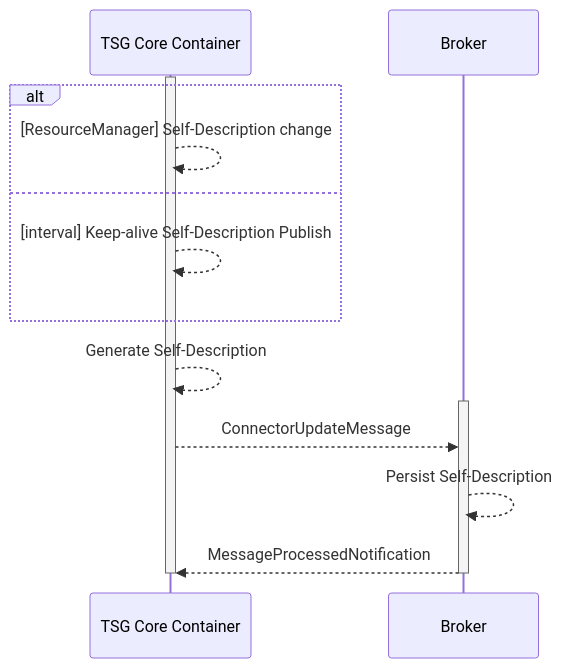
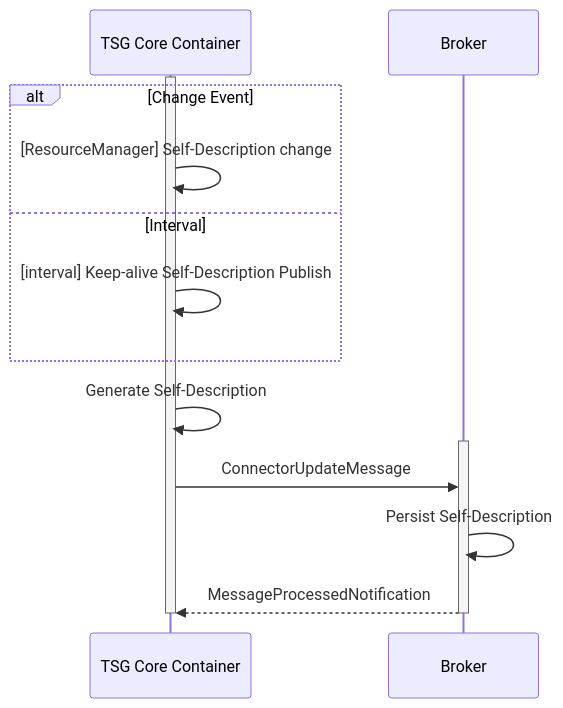
The first of 6 diagrams in _docs/communication/message-flows.md (TNO-TSG/documentation), drawn with Mermaid before and after one commit. The commit also changed other lines of this file and 1 other file, not shown here.

Commit message:
Fix diagrams & updated loop style

```diff
--- a/_docs/communication/message-flows.md
+++ b/_docs/communication/message-flows.md
@@ -24,18 +24,18 @@
 <div class="mermaid">
 sequenceDiagram
     participant TSG as TSG Core Container
     participant Broker as Broker
     activate TSG
-    alt
-    TSG-->>TSG: [ResourceManager] Self-Description change
-    else
-    TSG-->>TSG: [interval] Keep-alive Self-Description Publish
+    alt Change Event
+    TSG->>TSG: [ResourceManager] Self-Description change
+    else Interval
+    TSG->>TSG: [interval] Keep-alive Self-Description Publish
     end
-    TSG-->>TSG: Generate Self-Description
+    TSG->>TSG: Generate Self-Description
     activate Broker
-    TSG-->>Broker: ConnectorUpdateMessage
-    Broker-->>Broker: Persist Self-Description
+    TSG->>Broker: ConnectorUpdateMessage
+    Broker->>Broker: Persist Self-Description
     Broker-->>TSG: MessageProcessedNotification
     deactivate Broker 
     deactivate TSG
 </div>
```
